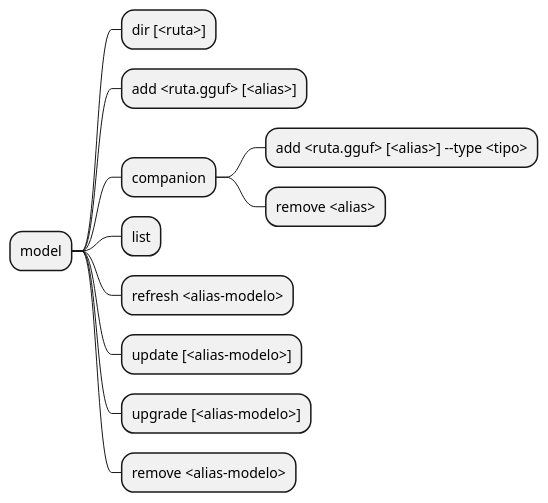
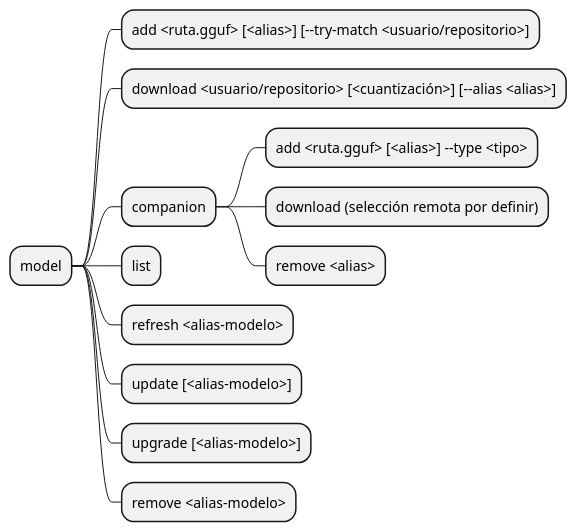
One commit to mstranich/coquena changed the third of 13 diagrams in docs/comandos.md. Above: the diagram before and after it, drawn with PlantUML. The commit also changed other lines of this file and 11 other files, not shown here.

Commit message:
docs: alinear y simplificar catálogo, descargas y diagramas

````diff
--- a/docs/comandos.md
+++ b/docs/comandos.md
@@ -75,15 +80,16 @@
 ```plantuml
 @startmindmap
 * model
-** dir [<ruta>]
-** add <ruta.gguf> [<alias>]
+** add <ruta.gguf> [<alias>] [--try-match <usuario/repositorio>]
+** download <usuario/repositorio> [<cuantización>] [--alias <alias>]
 ** companion
 *** add <ruta.gguf> [<alias>] --type <tipo>
+*** download (selección remota por definir)
 *** remove <alias>
 ** list
 ** refresh <alias-modelo>
 ** update [<alias-modelo>]
 ** upgrade [<alias-modelo>]
 ** remove <alias-modelo>
 @endmindmap
 ```
````
